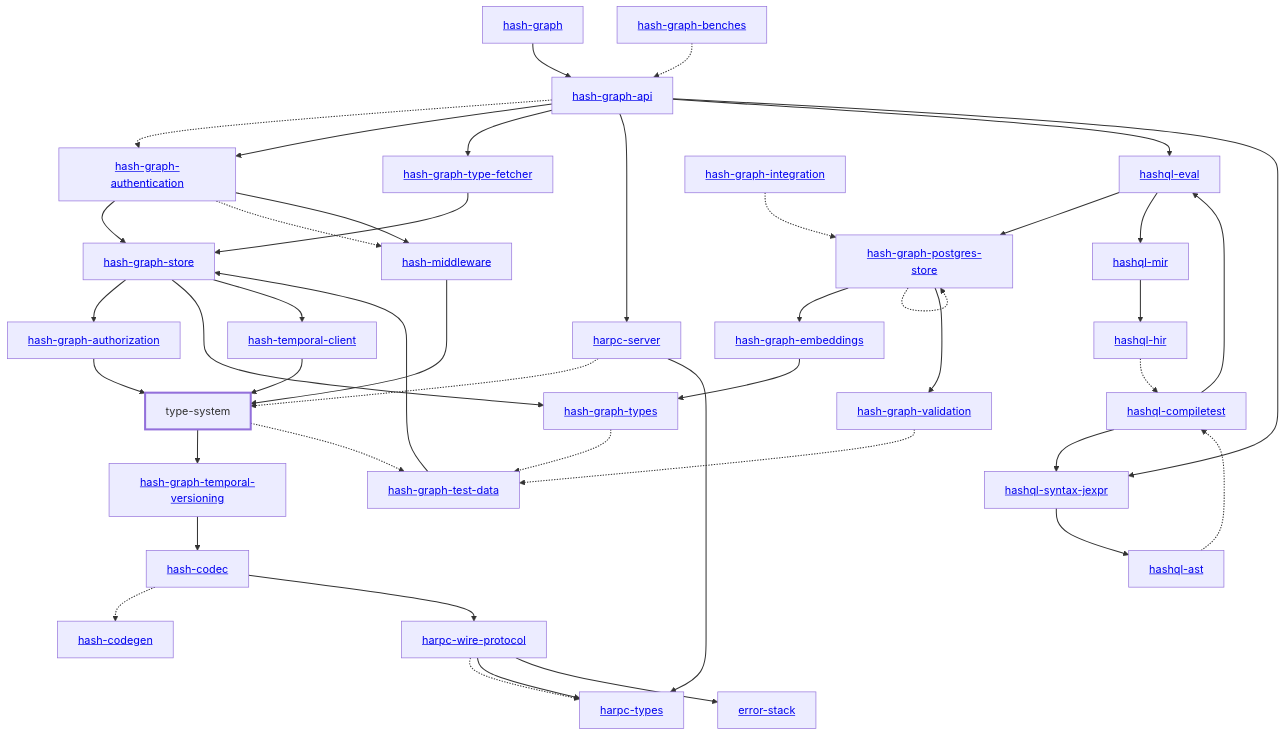
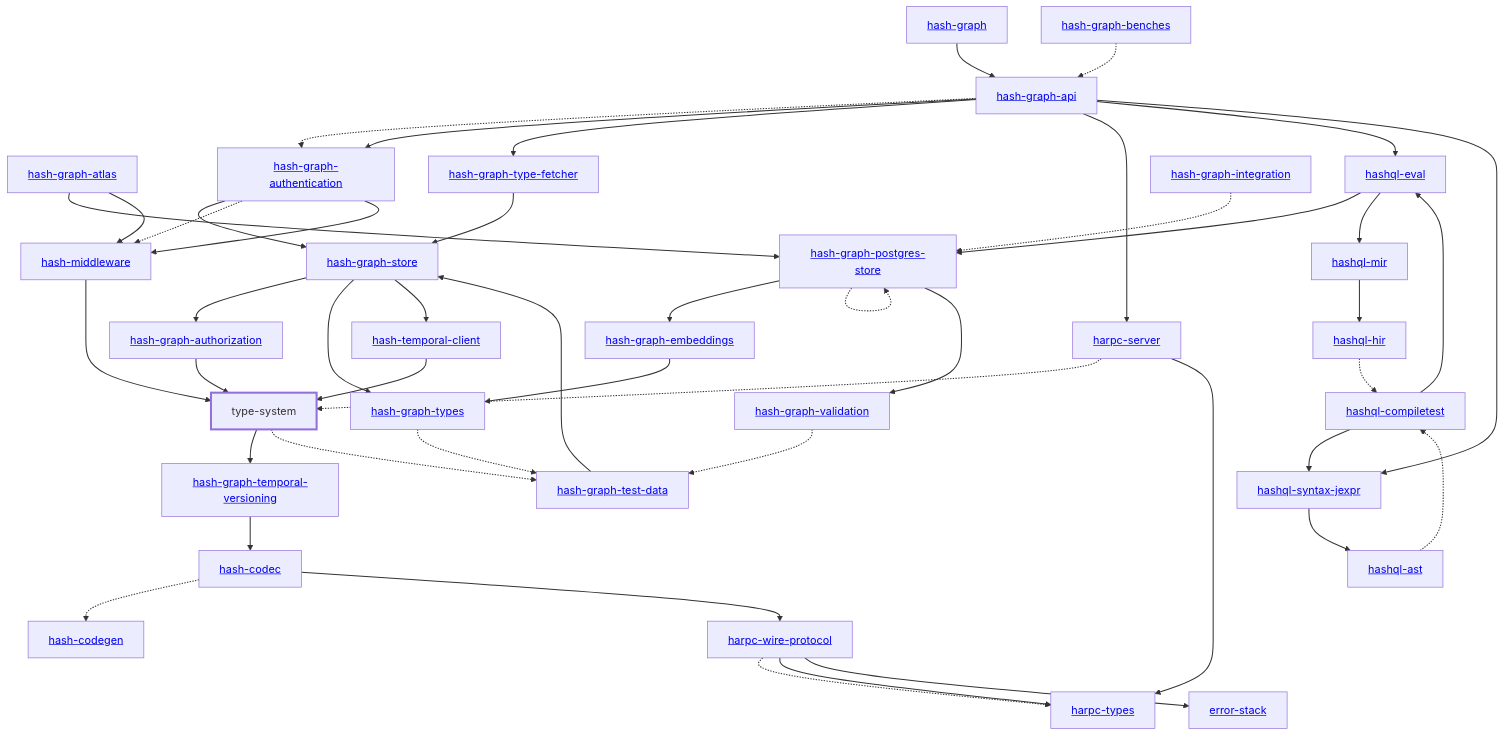
One commit to hashintel/hash changed the diagram in libs/@blockprotocol/type-system/rust/docs/dependency-diagram.mmd. Above: the diagram before and after it, drawn with Mermaid. The commit also changed 647 other files, not shown here.

Commit message:
BE-782: Fit 2D semantic maps over graph entities and serve them as tiles (#9305)

```diff
--- a/libs/@blockprotocol/type-system/rust/docs/dependency-diagram.mmd
+++ b/libs/@blockprotocol/type-system/rust/docs/dependency-diagram.mmd
@@ -1,84 +1,87 @@
 graph TD
     linkStyle default stroke-width:1.5px
     classDef default stroke-width:1px
     classDef root stroke-width:3px
     classDef dev stroke-width:1px
     classDef build stroke-width:1px
     %% Legend
     %% --> : Normal dependency
     %% -.-> : Dev dependency
     %% ---> : Build dependency
     0[<a href="../hash_graph/index.html">hash-graph</a>]
     1[type-system]
     class 1 root
     2[<a href="../hash_codec/index.html">hash-codec</a>]
     3[<a href="../hash_codegen/index.html">hash-codegen</a>]
     4[<a href="../hash_graph_api/index.html">hash-graph-api</a>]
-    5[<a href="../hash_graph_authentication/index.html">hash-graph-authentication</a>]
-    6[<a href="../hash_graph_authorization/index.html">hash-graph-authorization</a>]
-    7[<a href="../hash_graph_embeddings/index.html">hash-graph-embeddings</a>]
-    8[<a href="../hash_graph_postgres_store/index.html">hash-graph-postgres-store</a>]
-    9[<a href="../hash_graph_store/index.html">hash-graph-store</a>]
-    10[<a href="../hash_graph_temporal_versioning/index.html">hash-graph-temporal-versioning</a>]
-    11[<a href="../hash_graph_type_fetcher/index.html">hash-graph-type-fetcher</a>]
-    12[<a href="../hash_graph_types/index.html">hash-graph-types</a>]
-    13[<a href="../hash_graph_validation/index.html">hash-graph-validation</a>]
-    14[<a href="../harpc_server/index.html">harpc-server</a>]
-    15[<a href="../harpc_types/index.html">harpc-types</a>]
-    16[<a href="../harpc_wire_protocol/index.html">harpc-wire-protocol</a>]
-    17[<a href="../hashql_ast/index.html">hashql-ast</a>]
-    18[<a href="../hashql_compiletest/index.html">hashql-compiletest</a>]
-    19[<a href="../hashql_eval/index.html">hashql-eval</a>]
-    20[<a href="../hashql_hir/index.html">hashql-hir</a>]
-    21[<a href="../hashql_mir/index.html">hashql-mir</a>]
-    22[<a href="../hashql_syntax_jexpr/index.html">hashql-syntax-jexpr</a>]
-    23[<a href="../hash_middleware/index.html">hash-middleware</a>]
-    24[<a href="../hash_temporal_client/index.html">hash-temporal-client</a>]
-    25[<a href="../error_stack/index.html">error-stack</a>]
-    26[<a href="../hash_graph_benches/index.html">hash-graph-benches</a>]
-    27[<a href="../hash_graph_integration/index.html">hash-graph-integration</a>]
-    28[<a href="../hash_graph_test_data/index.html">hash-graph-test-data</a>]
+    5[<a href="../hash_graph_atlas/index.html">hash-graph-atlas</a>]
+    6[<a href="../hash_graph_authentication/index.html">hash-graph-authentication</a>]
+    7[<a href="../hash_graph_authorization/index.html">hash-graph-authorization</a>]
+    8[<a href="../hash_graph_embeddings/index.html">hash-graph-embeddings</a>]
+    9[<a href="../hash_graph_postgres_store/index.html">hash-graph-postgres-store</a>]
+    10[<a href="../hash_graph_store/index.html">hash-graph-store</a>]
+    11[<a href="../hash_graph_temporal_versioning/index.html">hash-graph-temporal-versioning</a>]
+    12[<a href="../hash_graph_type_fetcher/index.html">hash-graph-type-fetcher</a>]
+    13[<a href="../hash_graph_types/index.html">hash-graph-types</a>]
+    14[<a href="../hash_graph_validation/index.html">hash-graph-validation</a>]
+    15[<a href="../harpc_server/index.html">harpc-server</a>]
+    16[<a href="../harpc_types/index.html">harpc-types</a>]
+    17[<a href="../harpc_wire_protocol/index.html">harpc-wire-protocol</a>]
+    18[<a href="../hashql_ast/index.html">hashql-ast</a>]
+    19[<a href="../hashql_compiletest/index.html">hashql-compiletest</a>]
+    20[<a href="../hashql_eval/index.html">hashql-eval</a>]
+    21[<a href="../hashql_hir/index.html">hashql-hir</a>]
+    22[<a href="../hashql_mir/index.html">hashql-mir</a>]
+    23[<a href="../hashql_syntax_jexpr/index.html">hashql-syntax-jexpr</a>]
+    24[<a href="../hash_middleware/index.html">hash-middleware</a>]
+    25[<a href="../hash_temporal_client/index.html">hash-temporal-client</a>]
+    26[<a href="../error_stack/index.html">error-stack</a>]
+    27[<a href="../hash_graph_benches/index.html">hash-graph-benches</a>]
+    28[<a href="../hash_graph_integration/index.html">hash-graph-integration</a>]
+    29[<a href="../hash_graph_test_data/index.html">hash-graph-test-data</a>]
     0 --> 4
-    1 --> 10
-    1 -.-> 28
+    1 --> 11
+    1 -.-> 29
     2 -.-> 3
-    2 --> 16
-    4 -.-> 5
-    4 --> 5
-    4 --> 11
-    4 --> 14
-    4 --> 19
-    4 --> 22
+    2 --> 17
+    4 -.-> 6
+    4 --> 6
+    4 --> 12
+    4 --> 15
+    4 --> 20
+    4 --> 23
     5 --> 9
-    5 -.-> 23
-    5 --> 23
-    6 --> 1
-    7 --> 12
-    8 --> 7
-    8 -.-> 8
+    5 --> 24
+    6 --> 10
+    6 -.-> 24
+    6 --> 24
+    7 --> 1
     8 --> 13
-    9 --> 6
-    9 --> 12
-    9 --> 24
-    10 --> 2
-    11 --> 9
-    12 -.-> 28
-    13 -.-> 28
-    14 -.-> 1
-    14 --> 15
-    16 -.-> 15
-    16 --> 15
-    16 --> 25
-    17 -.-> 18
-    18 --> 19
-    18 --> 22
-    19 --> 8
-    19 --> 21
-    20 -.-> 18
-    21 --> 20
-    22 --> 17
-    23 --> 1
+    9 --> 8
+    9 -.-> 9
+    9 --> 14
+    10 --> 7
+    10 --> 13
+    10 --> 25
+    11 --> 2
+    12 --> 10
+    13 -.-> 29
+    14 -.-> 29
+    15 -.-> 1
+    15 --> 16
+    17 -.-> 16
+    17 --> 16
+    17 --> 26
+    18 -.-> 19
+    19 --> 20
+    19 --> 23
+    20 --> 9
+    20 --> 22
+    21 -.-> 19
+    22 --> 21
+    23 --> 18
     24 --> 1
-    26 -.-> 4
-    27 -.-> 8
-    28 --> 9
+    25 --> 1
+    27 -.-> 4
+    28 -.-> 9
+    29 --> 10
```
